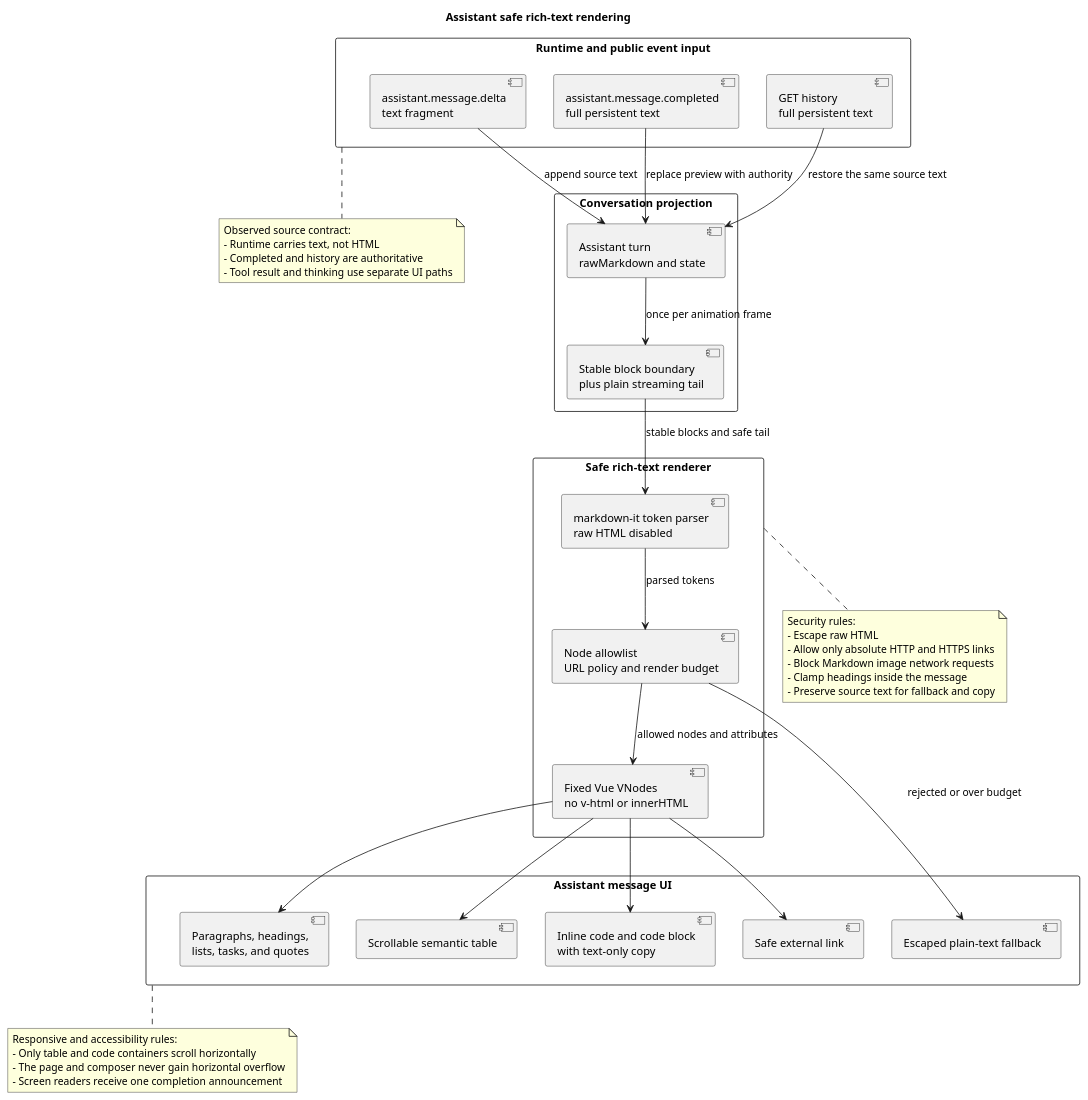
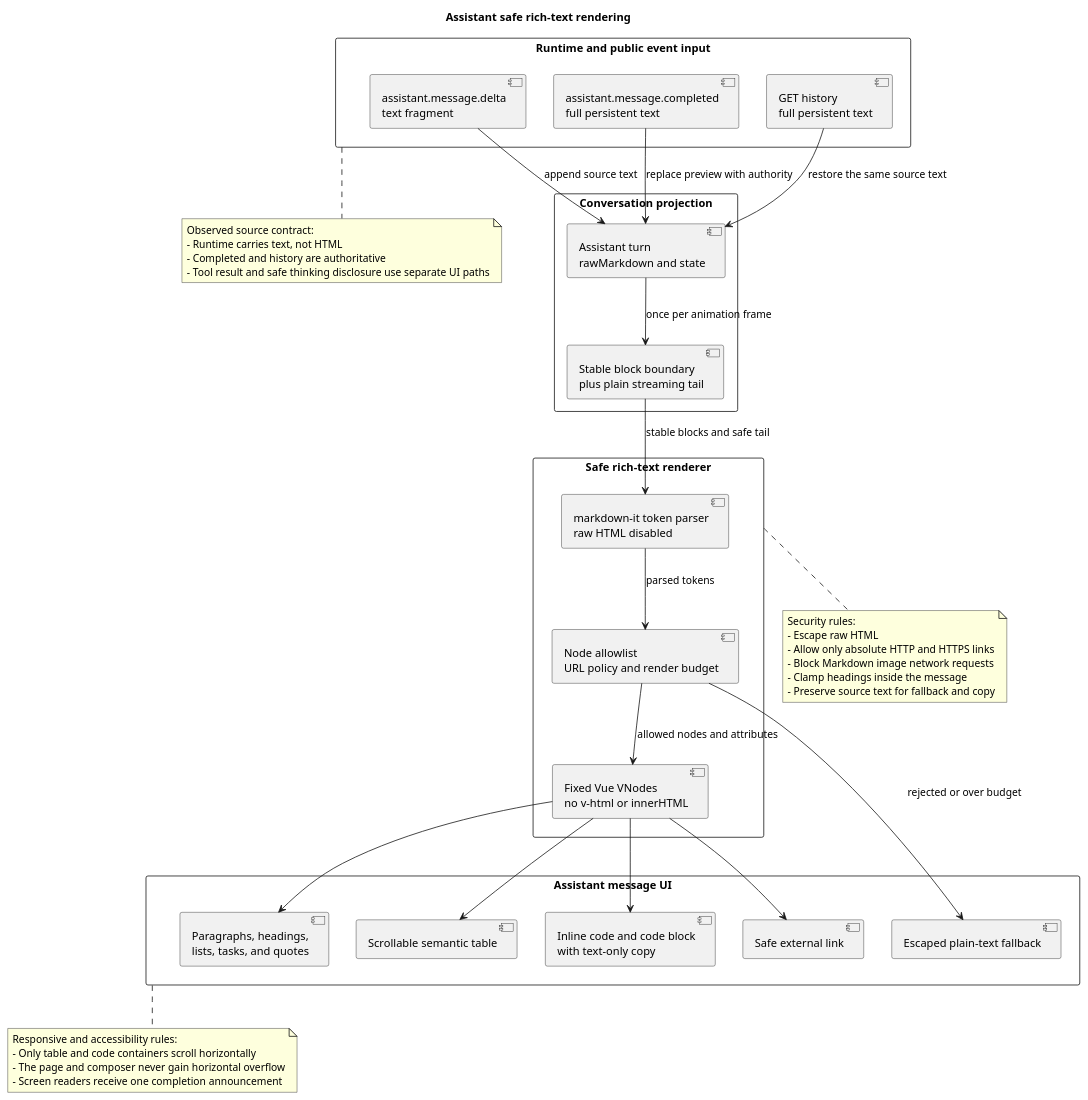
One commit to 2862282695gjh-afk/pi-mono-java changed the second of 3 diagrams in docs/designs/campusclaw-frontend/diagram.puml. Above: the diagram before and after it, drawn with PlantUML. The commit also changed other lines of this file and 25 other files, not shown here.

```diff
--- a/docs/designs/campusclaw-frontend/diagram.puml
+++ b/docs/designs/campusclaw-frontend/diagram.puml
@@ -70,76 +70,76 @@
 @startuml assistant_rich_text_rendering
 ' Analyzed source baseline: origin/main 56be8eee59415a5f86658d6635a7b7e8891263d3.
 ' Baseline evidence: frontend/src/components/ConversationTimeline.vue lines 37-49 used plain text interpolation.
 ' Baseline evidence: frontend/src/projectors/runtimeEventProjector.ts projectAssistantEvent preserved delta and completed text.
 ' Implemented source: frontend/src/markdown/richText.ts (parseAssistantMarkdown, safeExternalLink, splitStableMarkdown).
 ' Implemented source: frontend/src/components/AssistantRichText.ts (AssistantRichText, renderNode, renderCodeBlock).
-' Implemented source: frontend/src/components/ConversationTimeline.vue lines 38-53 and frontend/src/style.css assistant-rich-text rules.
+' Implemented source: frontend/src/components/ConversationTimeline.vue and frontend/src/style.css assistant-rich-text rules.
 ' Observed behavior: Runtime transports text rather than HTML, and completed events plus history are authoritative.
 ' Architecture change: the Assistant turn now keeps rawMarkdown and all preview, completion, and history paths use one renderer.
 ' Security hardening: raw HTML, remote Markdown images, relative routes, credential-bearing URLs, and dangerous schemes never become active DOM.
 ' Design reason: a controlled token-to-Vue projection makes model tables, lists, and code readable without trusting generated HTML.
 
 title Assistant safe rich-text rendering
 top to bottom direction
 
 rectangle "Runtime and public event input" as Input {
   component "assistant.message.delta\ntext fragment" as Delta
   component "assistant.message.completed\nfull persistent text" as Completed
   component "GET history\nfull persistent text" as History
 }
 
 rectangle "Conversation projection" as Projection {
   component "Assistant turn\nrawMarkdown and state" as Raw
   component "Stable block boundary\nplus plain streaming tail" as Stable
 }
 
 rectangle "Safe rich-text renderer" as Renderer {
   component "markdown-it token parser\nraw HTML disabled" as Parser
   component "Node allowlist\nURL policy and render budget" as Policy
   component "Fixed Vue VNodes\nno v-html or innerHTML" as Vue
 }
 
 rectangle "Assistant message UI" as UI {
   component "Paragraphs, headings,\nlists, tasks, and quotes" as Prose
   component "Scrollable semantic table" as Table
   component "Inline code and code block\nwith text-only copy" as Code
   component "Safe external link" as Link
   component "Escaped plain-text fallback" as Fallback
 }
 
 Delta --> Raw : append source text
 Completed --> Raw : replace preview with authority
 History --> Raw : restore the same source text
 Raw --> Stable : once per animation frame
 Stable --> Parser : stable blocks and safe tail
 Parser --> Policy : parsed tokens
 Policy --> Vue : allowed nodes and attributes
 Policy --> Fallback : rejected or over budget
 Vue --> Prose
 Vue --> Table
 Vue --> Code
 Vue --> Link
 
 note bottom of Input
 Observed source contract:
 - Runtime carries text, not HTML
 - Completed and history are authoritative
-- Tool result and thinking use separate UI paths
+- Tool result and safe thinking disclosure use separate UI paths
 end note
 
 note bottom of Renderer
 Security rules:
 - Escape raw HTML
 - Allow only absolute HTTP and HTTPS links
 - Block Markdown image network requests
 - Clamp headings inside the message
 - Preserve source text for fallback and copy
 end note
 
 note bottom of UI
 Responsive and accessibility rules:
 - Only table and code containers scroll horizontally
 - The page and composer never gain horizontal overflow
 - Screen readers receive one completion announcement
 end note
 @enduml
```
